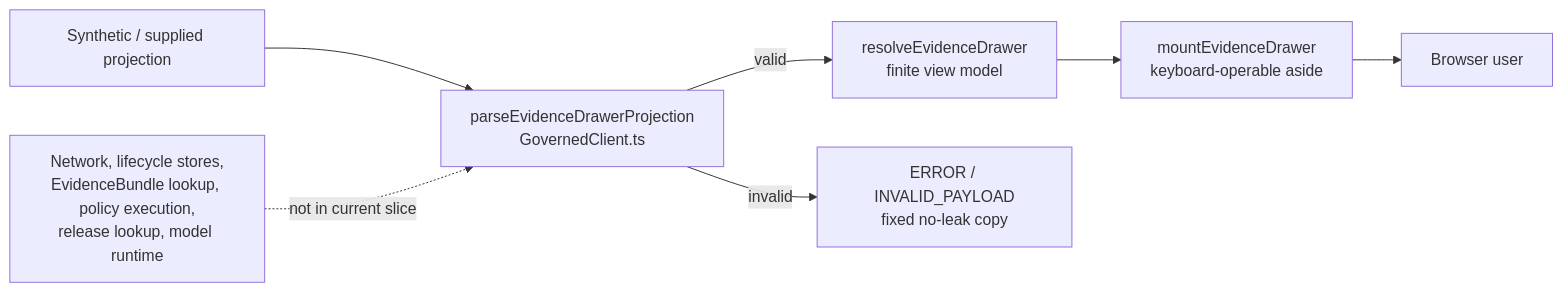
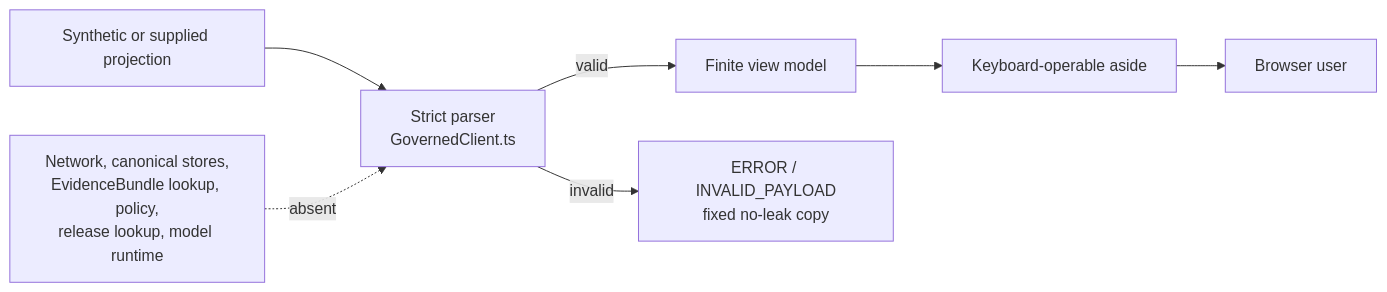
One commit to bartytime4life/Kansas-Frontier-Matrix changed the first of 2 diagrams in docs/architecture/ui/EVIDENCE_DRAWER.md. Above: the diagram before and after it, drawn with Mermaid. The commit also changed other lines of this file, not shown here.

Commit message:
docs(ui): finalize Evidence Drawer evidence boundary

````diff
--- a/docs/architecture/ui/EVIDENCE_DRAWER.md
+++ b/docs/architecture/ui/EVIDENCE_DRAWER.md
@@ -227,10 +178,10 @@
 ```mermaid
 flowchart LR
-    F["Synthetic / supplied projection"] --> P["parseEvidenceDrawerProjection<br/>GovernedClient.ts"]
-    P -->|valid| V["resolveEvidenceDrawer<br/>finite view model"]
+    F["Synthetic or supplied projection"] --> P["Strict parser<br/>GovernedClient.ts"]
+    P -->|valid| V["Finite view model"]
     P -->|invalid| X["ERROR / INVALID_PAYLOAD<br/>fixed no-leak copy"]
-    V --> M["mountEvidenceDrawer<br/>keyboard-operable aside"]
+    V --> M["Keyboard-operable aside"]
     M --> U["Browser user"]
 
-    N["Network, lifecycle stores,<br/>EvidenceBundle lookup, policy execution,<br/>release lookup, model runtime"] -. "not in current slice" .-> P
+    N["Network, canonical stores,<br/>EvidenceBundle lookup, policy,<br/>release lookup, model runtime"] -. "absent" .-> P
 ```
````
